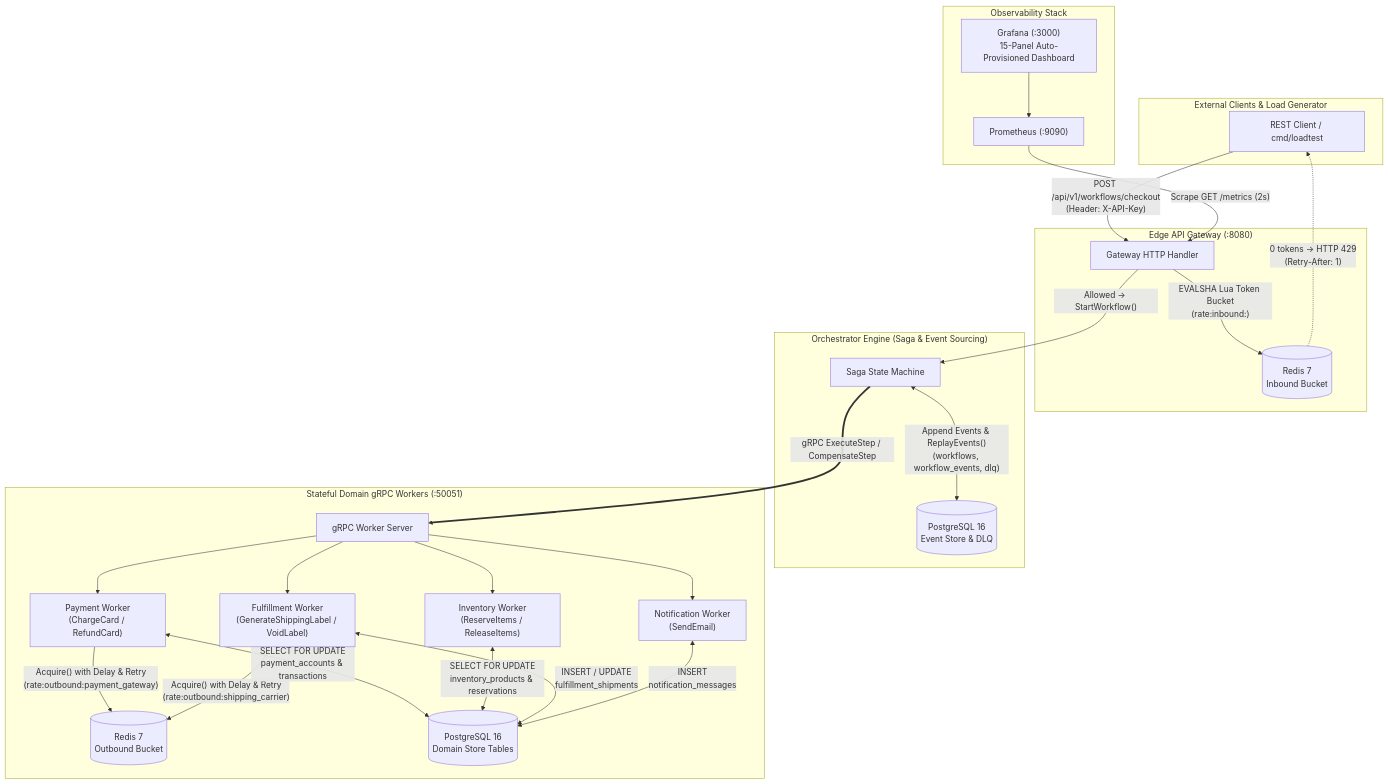
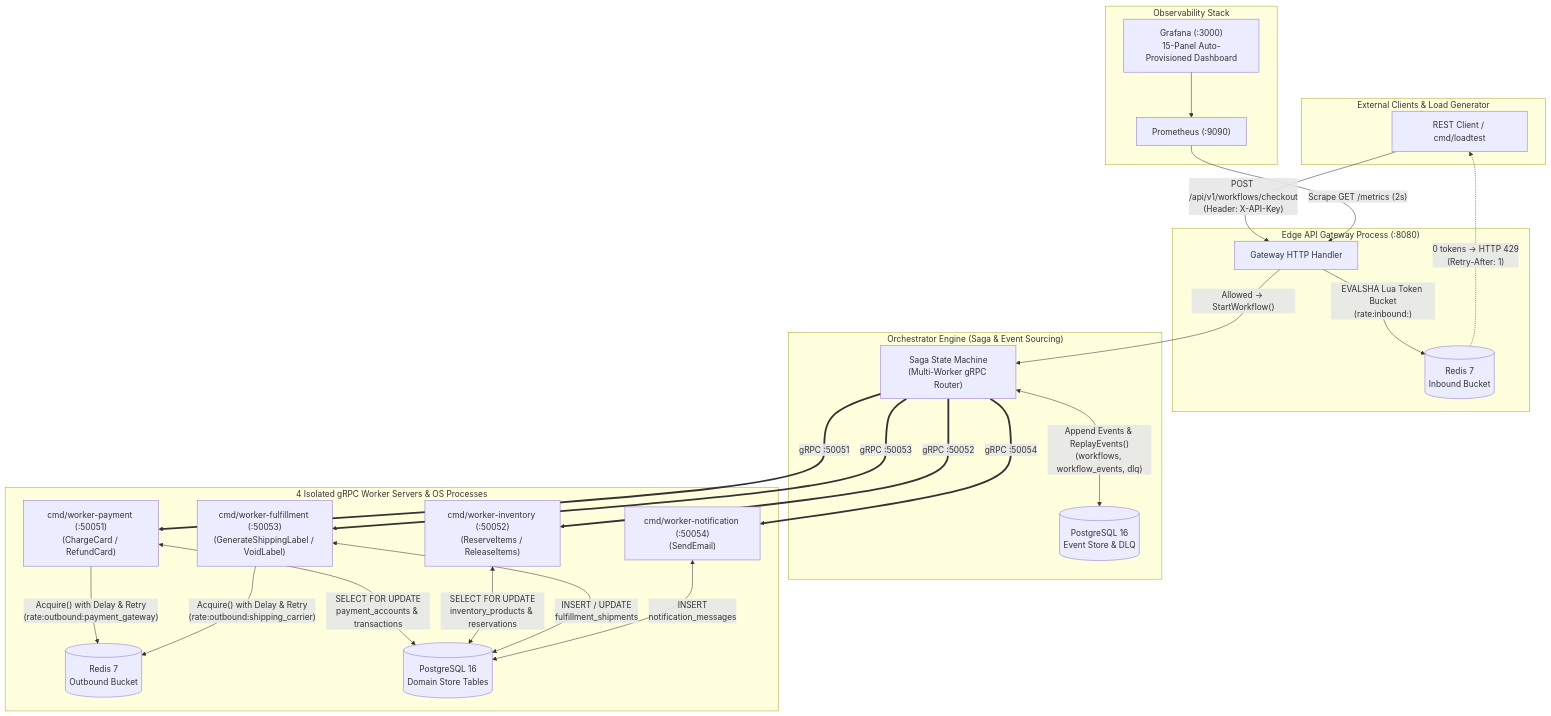
The first of 2 diagrams in README.md (DaniloNogueira-Silva/go-distributed_workflow-orchestrator), drawn with Mermaid before and after one commit. The commit also changed other lines of this file and 12 other files, not shown here.

Commit message:
refactor: modularize worker architecture into separate gRPC server processes and config bootstrap

````diff
--- a/README.md
+++ b/README.md
@@ -51,38 +51,37 @@
 ```mermaid
 flowchart TB
     subgraph ClientLayer["External Clients & Load Generator"]
         Client["REST Client / cmd/loadtest"]
     end
 
-    subgraph EdgeLayer["Edge API Gateway (:8080)"]
+    subgraph EdgeLayer["Edge API Gateway Process (:8080)"]
         Client -->|"POST /api/v1/workflows/checkout\n(Header: X-API-Key)"| Gateway["Gateway HTTP Handler"]
         Gateway -->|"EVALSHA Lua Token Bucket\n(rate:inbound:<api_key>)"| RedisInbound[("Redis 7\nInbound Bucket")]
         RedisInbound -.->|"0 tokens -> HTTP 429\n(Retry-After: 1)"| Client
     end
 
     subgraph OrchestratorLayer["Orchestrator Engine (Saga & Event Sourcing)"]
-        Gateway -->|"Allowed -> StartWorkflow()"| Engine["Saga State Machine"]
+        Gateway -->|"Allowed -> StartWorkflow()"| Engine["Saga State Machine\n(Multi-Worker gRPC Router)"]
         Engine <-->|"Append Events & ReplayEvents()\n(workflows, workflow_events, dlq)"| PostgresES[("PostgreSQL 16\nEvent Store & DLQ")]
     end
 
-    subgraph WorkerLayer["Stateful Domain gRPC Workers (:50051)"]
-        Engine ==>|"gRPC ExecuteStep / CompensateStep"| GRPCServer["gRPC Worker Server"]
-        GRPCServer --> PaymentW["Payment Worker\n(ChargeCard / RefundCard)"]
-        GRPCServer --> InventoryW["Inventory Worker\n(ReserveItems / ReleaseItems)"]
-        GRPCServer --> FulfillmentW["Fulfillment Worker\n(GenerateShippingLabel / VoidLabel)"]
-        GRPCServer --> NotificationW["Notification Worker\n(SendEmail)"]
+    subgraph WorkerProcesses["4 Isolated gRPC Worker Servers & OS Processes"]
+        Engine ==>|"gRPC :50051"| PaymentW["cmd/worker-payment (:50051)\n(ChargeCard / RefundCard)"]
+        Engine ==>|"gRPC :50052"| InventoryW["cmd/worker-inventory (:50052)\n(ReserveItems / ReleaseItems)"]
+        Engine ==>|"gRPC :50053"| FulfillmentW["cmd/worker-fulfillment (:50053)\n(GenerateShippingLabel / VoidLabel)"]
+        Engine ==>|"gRPC :50054"| NotificationW["cmd/worker-notification (:50054)\n(SendEmail)"]
 
         PaymentW -->|"Acquire() with Delay & Retry\n(rate:outbound:payment_gateway)"| RedisOutbound[("Redis 7\nOutbound Bucket")]
         FulfillmentW -->|"Acquire() with Delay & Retry\n(rate:outbound:shipping_carrier)"| RedisOutbound
 
         PaymentW <-->|"SELECT FOR UPDATE\npayment_accounts & transactions"| PostgresDomain[("PostgreSQL 16\nDomain Store Tables")]
         InventoryW <-->|"SELECT FOR UPDATE\ninventory_products & reservations"| PostgresDomain
         FulfillmentW <-->|"INSERT / UPDATE\nfulfillment_shipments"| PostgresDomain
         NotificationW <-->|"INSERT\nnotification_messages"| PostgresDomain
     end
 
     subgraph ObservabilityLayer["Observability Stack"]
         Prom["Prometheus (:9090)"] -->|"Scrape GET /metrics (2s)"| Gateway
         Grafana["Grafana (:3000)\n15-Panel Auto-Provisioned Dashboard"] --> Prom
     end
 ```
````
